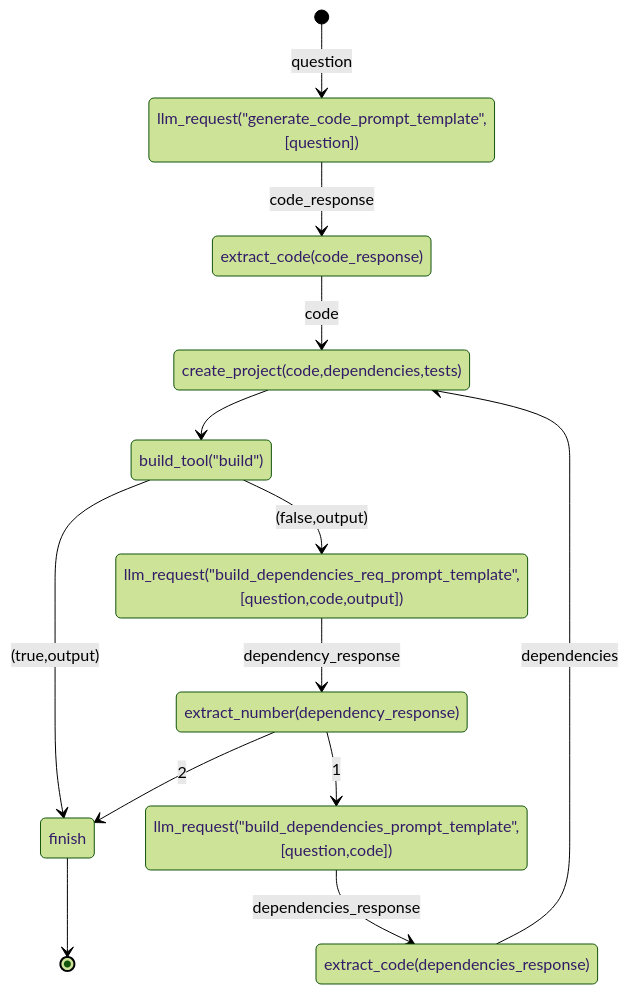
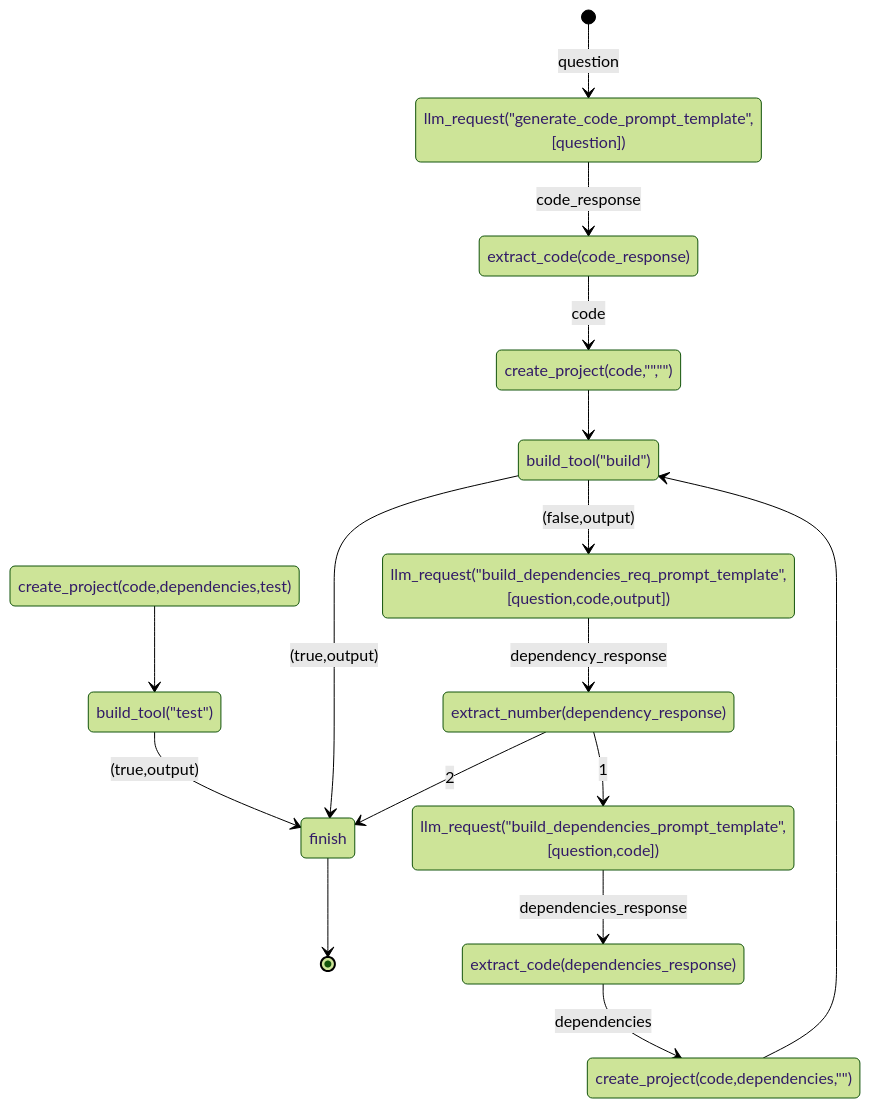
Before and after one commit to rizgan/LLM-Logic-Exec-Verify: the diagram in state.md, drawn with Mermaid (forest theme). The commit also changed other lines of this file and 1 other file, not shown here.

Commit message:
state_machine

````diff
--- a/state.md
+++ b/state.md
@@ -1,15 +1,18 @@
 ```mermaid
 stateDiagram
 [*] --> llm_request("generate_code_prompt_template",[question]) : question
 llm_request("generate_code_prompt_template",[question]) --> extract_code(code_response) : code_response
-extract_code(code_response) --> create_project(code,dependencies,tests) : code
-create_project(code,dependencies,tests) --> build_tool("build")
+extract_code(code_response) --> create_project(code,"","") : code
+create_project(code,"","") --> build_tool("build")
+create_project(code,dependencies,"") --> build_tool("build")
+create_project(code,dependencies,test) --> build_tool("test")
+build_tool("test") --> finish : (true,output)
 build_tool("build") --> finish : (true,output) 
 build_tool("build") --> llm_request("build_dependencies_req_prompt_template",[question,code,output]) : (false,output) 
 llm_request("build_dependencies_req_prompt_template",[question,code,output])  --> extract_number(dependency_response) : dependency_response
 extract_number(dependency_response) --> finish : 2
 extract_number(dependency_response) --> llm_request("build_dependencies_prompt_template",[question,code]) : 1
 llm_request("build_dependencies_prompt_template",[question,code]) --> extract_code(dependencies_response) : dependencies_response
-extract_code(dependencies_response) --> create_project(code,dependencies,tests) : dependencies 
+extract_code(dependencies_response) --> create_project(code,dependencies,"") : dependencies 
 finish --> [*]
 ```
````
